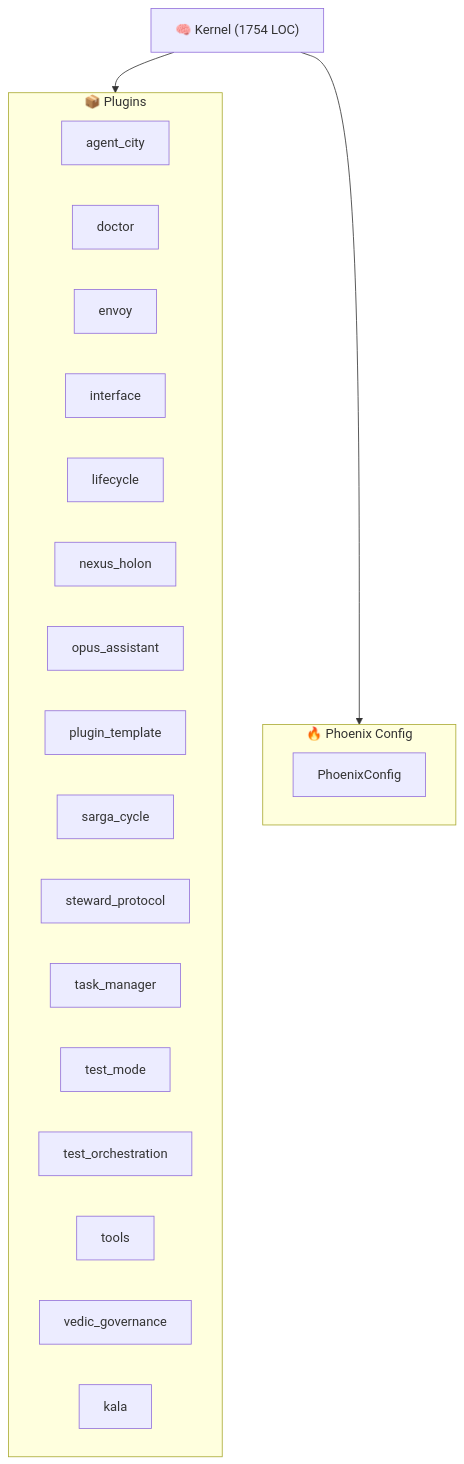
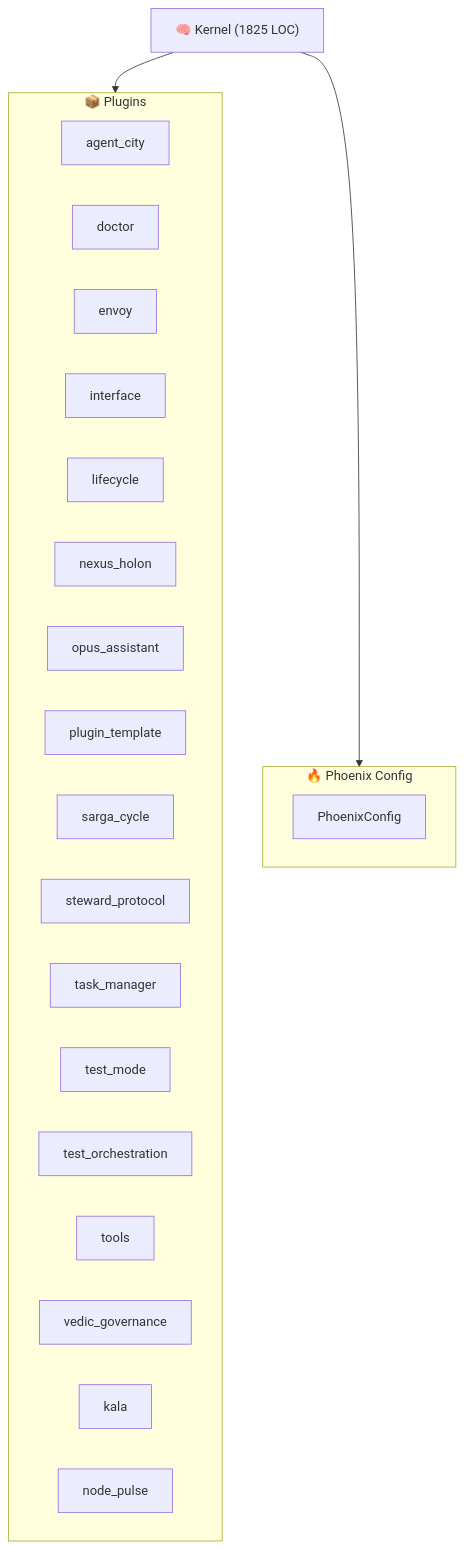
Before and after one commit to kimeisele/steward-protocol: the diagram in ARCHITECTURE.md, drawn with Mermaid. The commit also changed other lines of this file and 16 other files, not shown here.

````diff
--- a/ARCHITECTURE.md
+++ b/ARCHITECTURE.md
@@ -8,27 +8,28 @@
 ```mermaid
 graph TB
-    K["🧠 Kernel (1754 LOC)"]
+    K["🧠 Kernel (1825 LOC)"]
     subgraph Plugins["📦 Plugins"]
         P_agent_city["agent_city"]
         P_doctor["doctor"]
         P_envoy["envoy"]
         P_interface["interface"]
         P_lifecycle["lifecycle"]
         P_nexus_holon["nexus_holon"]
         P_opus_assistant["opus_assistant"]
         P_plugin_template["plugin_template"]
         P_sarga_cycle["sarga_cycle"]
         P_steward_protocol["steward_protocol"]
         P_task_manager["task_manager"]
         P_test_mode["test_mode"]
         P_test_orchestration["test_orchestration"]
         P_tools["tools"]
         P_vedic_governance["vedic_governance"]
         P_kala["kala"]
+        P_node_pulse["node_pulse"]
     end
     K --> Plugins
     subgraph Config["🔥 Phoenix Config"]
         PC[PhoenixConfig]
     end
     K --> Config
 ```
````
